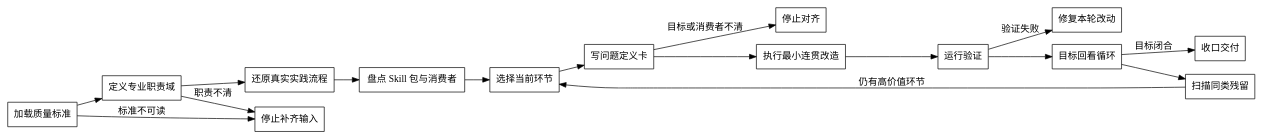
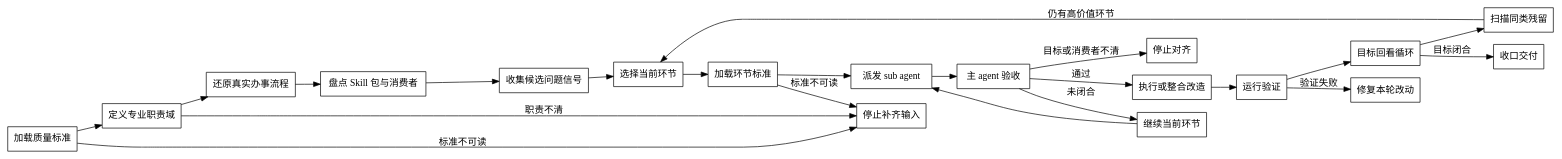
One commit to jieli-cqwl/org-claude-skills changed the diagram in shared/skills/skill-refiner/SKILL.md. Above: the diagram before and after it, drawn with Graphviz. The commit also changed other lines of this file and 24 other files, not shown here.

Commit message:
feat(skill-refiner): add rubric-guided agent loop

````diff
--- a/shared/skills/skill-refiner/SKILL.md
+++ b/shared/skills/skill-refiner/SKILL.md
@@ -56,21 +67,27 @@
 ```dot
 digraph skill_refiner_flow {
   rankdir=LR;
   node [shape=box];
   "加载质量标准" -> "定义专业职责域";
-  "定义专业职责域" -> "还原真实实践流程";
-  "还原真实实践流程" -> "盘点 Skill 包与消费者";
-  "盘点 Skill 包与消费者" -> "选择当前环节";
-  "选择当前环节" -> "写问题定义卡";
-  "写问题定义卡" -> "执行最小连贯改造";
-  "执行最小连贯改造" -> "运行验证";
+  "定义专业职责域" -> "还原真实办事流程";
+  "还原真实办事流程" -> "盘点 Skill 包与消费者";
+  "盘点 Skill 包与消费者" -> "收集候选问题信号";
+  "收集候选问题信号" -> "选择当前环节";
+  "选择当前环节" -> "加载环节标准";
+  "加载环节标准" -> "派发 sub agent";
+  "派发 sub agent" -> "主 agent 验收";
+  "主 agent 验收" -> "执行或整合改造" [label="通过"];
+  "主 agent 验收" -> "继续当前环节" [label="未闭合"];
+  "继续当前环节" -> "派发 sub agent";
+  "执行或整合改造" -> "运行验证";
   "运行验证" -> "目标回看循环";
   "目标回看循环" -> "扫描同类残留";
   "扫描同类残留" -> "选择当前环节" [label="仍有高价值环节"];
   "目标回看循环" -> "收口交付" [label="目标闭合"];
   "加载质量标准" -> "停止补齐输入" [label="标准不可读"];
   "定义专业职责域" -> "停止补齐输入" [label="职责不清"];
-  "写问题定义卡" -> "停止对齐" [label="目标或消费者不清"];
+  "加载环节标准" -> "停止补齐输入" [label="标准不可读"];
+  "主 agent 验收" -> "停止对齐" [label="目标或消费者不清"];
   "运行验证" -> "修复本轮改动" [label="验证失败"];
 }
 ```
````
